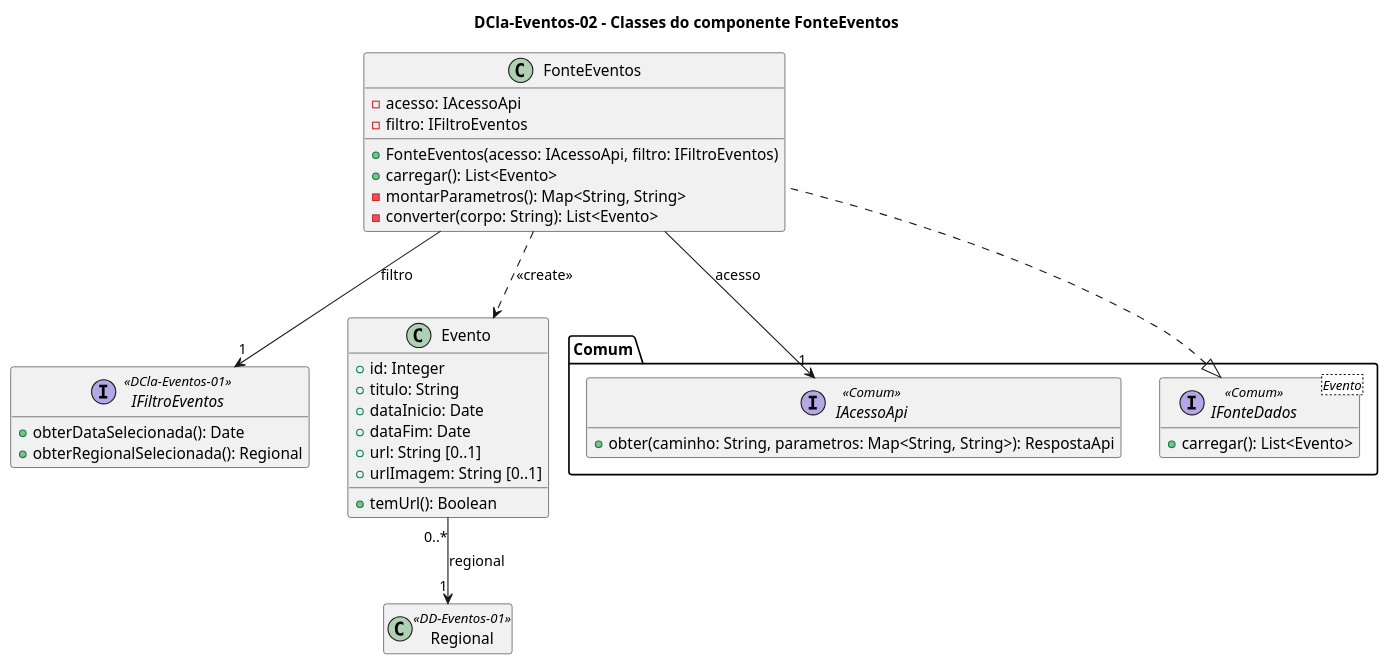
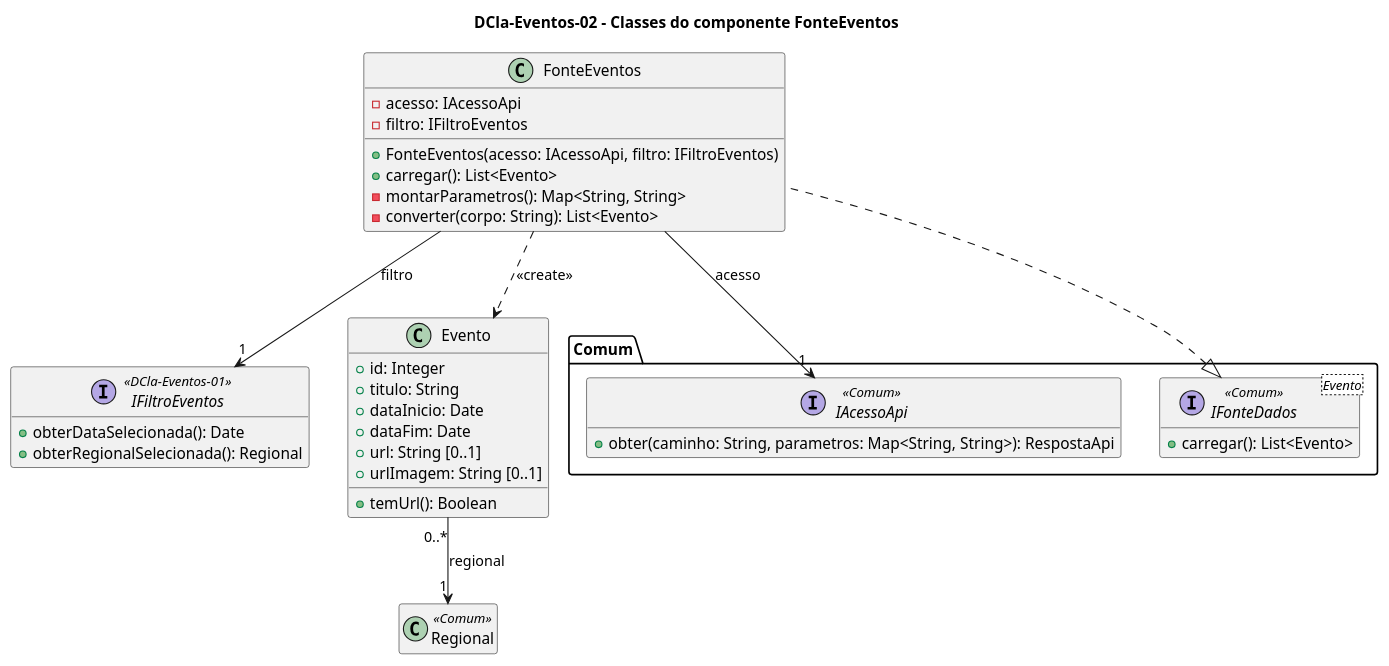
Before and after one commit to joseduardogon/Minha_UFG_Grupo_Cinza: the diagram in Eventos/DCla-Eventos-02.puml, drawn with PlantUML. The commit also changed 38 other files, not shown here.

```diff
--- a/Eventos/DCla-Eventos-02.puml
+++ b/Eventos/DCla-Eventos-02.puml
@@ -1,45 +1,45 @@
 @startuml DCla-Eventos-02
 title DCla-Eventos-02 – Classes do componente FonteEventos
 hide empty members
 
 package "Comum" {
   interface "IFonteDados<Evento>" as IFonteDados <<Comum>> {
     + carregar(): List<Evento>
   }
   interface IAcessoApi <<Comum>> {
     + obter(caminho: String, parametros: Map<String, String>): RespostaApi
   }
 }
 
 interface IFiltroEventos <<DCla-Eventos-01>> {
   + obterDataSelecionada(): Date
   + obterRegionalSelecionada(): Regional
 }
 
 class FonteEventos {
   - acesso: IAcessoApi
   - filtro: IFiltroEventos
   + FonteEventos(acesso: IAcessoApi, filtro: IFiltroEventos)
   + carregar(): List<Evento>
   - montarParametros(): Map<String, String>
   - converter(corpo: String): List<Evento>
 }
 
-class Regional <<DD-Eventos-01>>
+class Regional <<Comum>>
 
 class Evento {
   + id: Integer
   + titulo: String
   + dataInicio: Date
   + dataFim: Date
   + url: String [0..1]
   + urlImagem: String [0..1]
   + temUrl(): Boolean
 }
 
 IFonteDados <|.. FonteEventos
 FonteEventos --> "1" IAcessoApi : acesso
 FonteEventos --> "1" IFiltroEventos : filtro
 FonteEventos ..> Evento : <<create>>
 Evento "0..*" --> "1" Regional : regional
 @enduml
```
